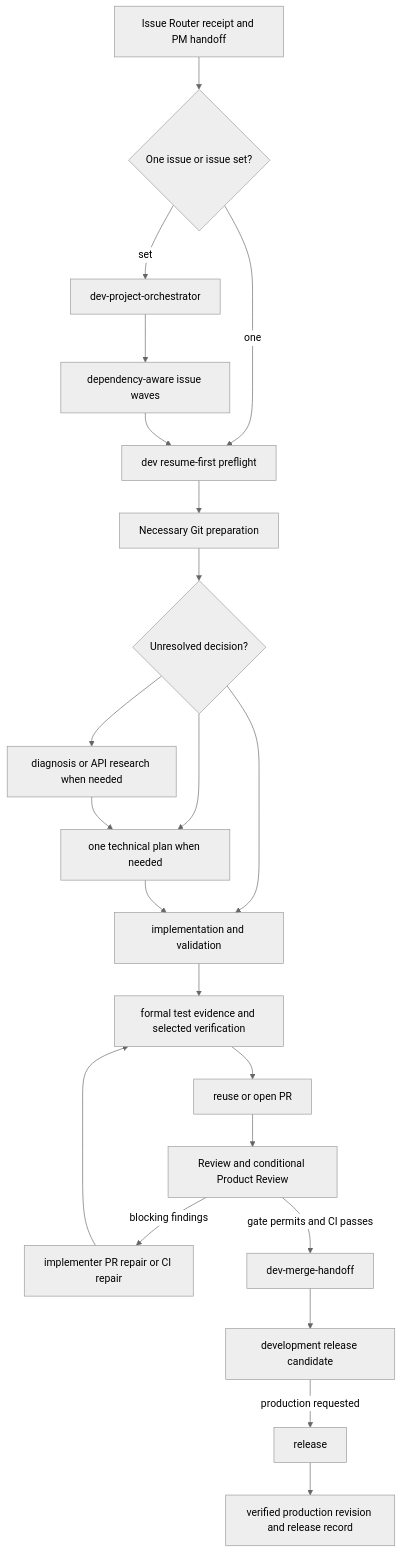
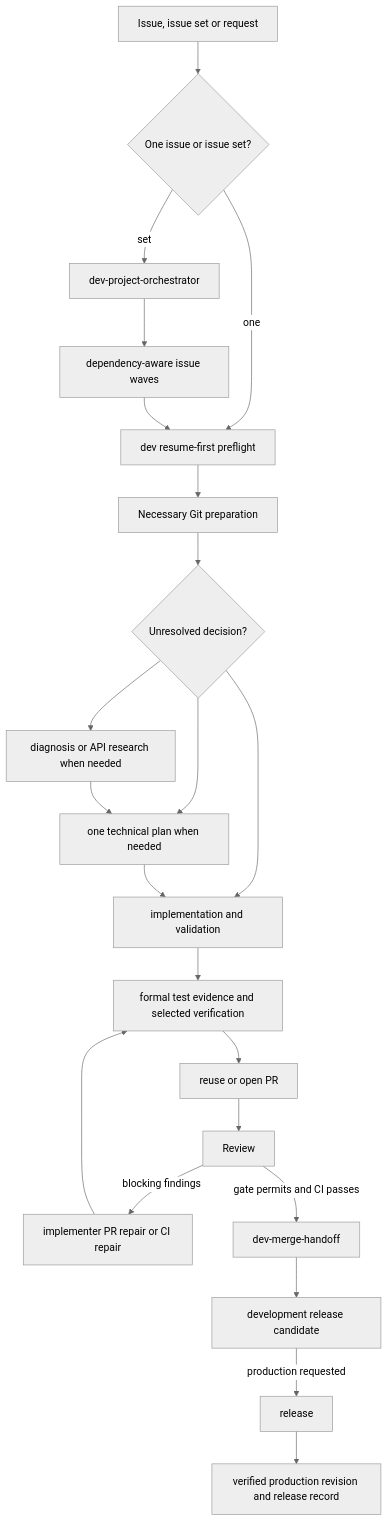
One commit to jay1803/ship-skills changed the diagram in plugins/develop/README.md. Above: the diagram before and after it, drawn with Mermaid (neutral theme). The commit also changed other lines of this file and 173 other files, not shown here.

````diff
--- a/plugins/develop/README.md
+++ b/plugins/develop/README.md
@@ -31,24 +33,24 @@
 ```mermaid
 flowchart TD
-    Handoff[Issue Router receipt and PM handoff] --> Shape{One issue or issue set?}
+    Request[Issue, issue set or request] --> Shape{One issue or issue set?}
     Shape -->|one| Dev[dev resume-first preflight]
     Shape -->|set| Project[dev-project-orchestrator]
     Project --> Waves[dependency-aware issue waves]
     Waves --> Dev
     Dev --> Context[Necessary Git preparation]
     Context --> Select{Unresolved decision?}
     Select --> Diagnose[diagnosis or API research when needed]
     Select --> Plan[one technical plan when needed]
     Diagnose --> Plan
     Select --> Build[implementation and validation]
     Plan --> Build
     Build --> Validate[formal test evidence and selected verification]
     Validate --> PR[reuse or open PR]
-    PR --> Review[Review and conditional Product Review]
+    PR --> Review[Review]
     Review -->|blocking findings| Repair[implementer PR repair or CI repair]
     Repair --> Validate
     Review -->|gate permits and CI passes| Merge[dev-merge-handoff]
     Merge --> Candidate[development release candidate]
     Candidate -->|production requested| Release[release]
     Release --> Production[verified production revision and release record]
 ```
````
